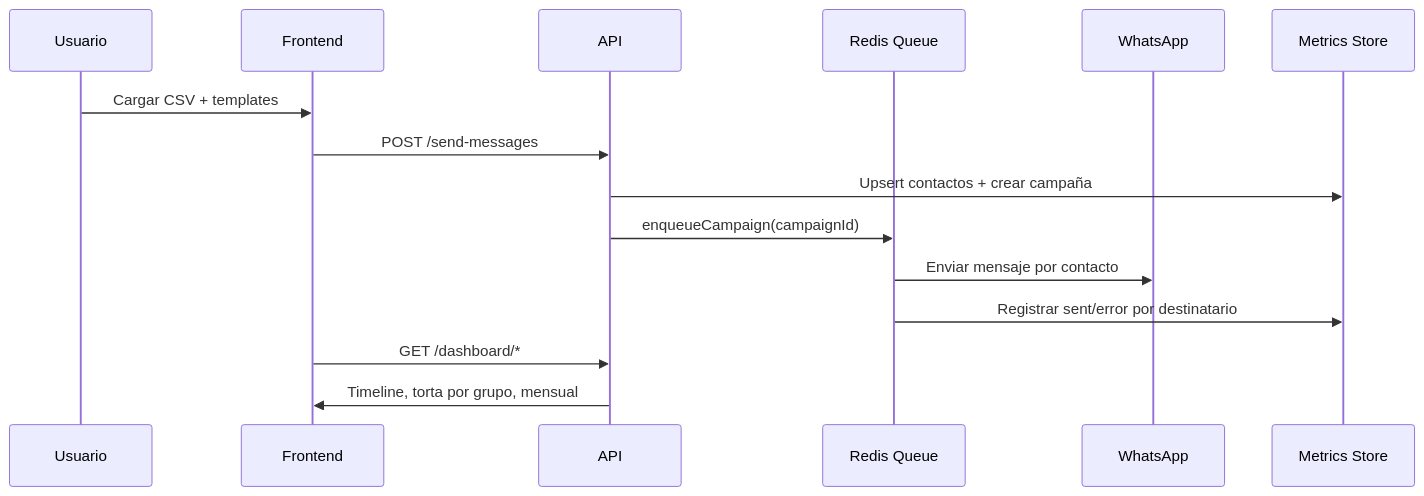
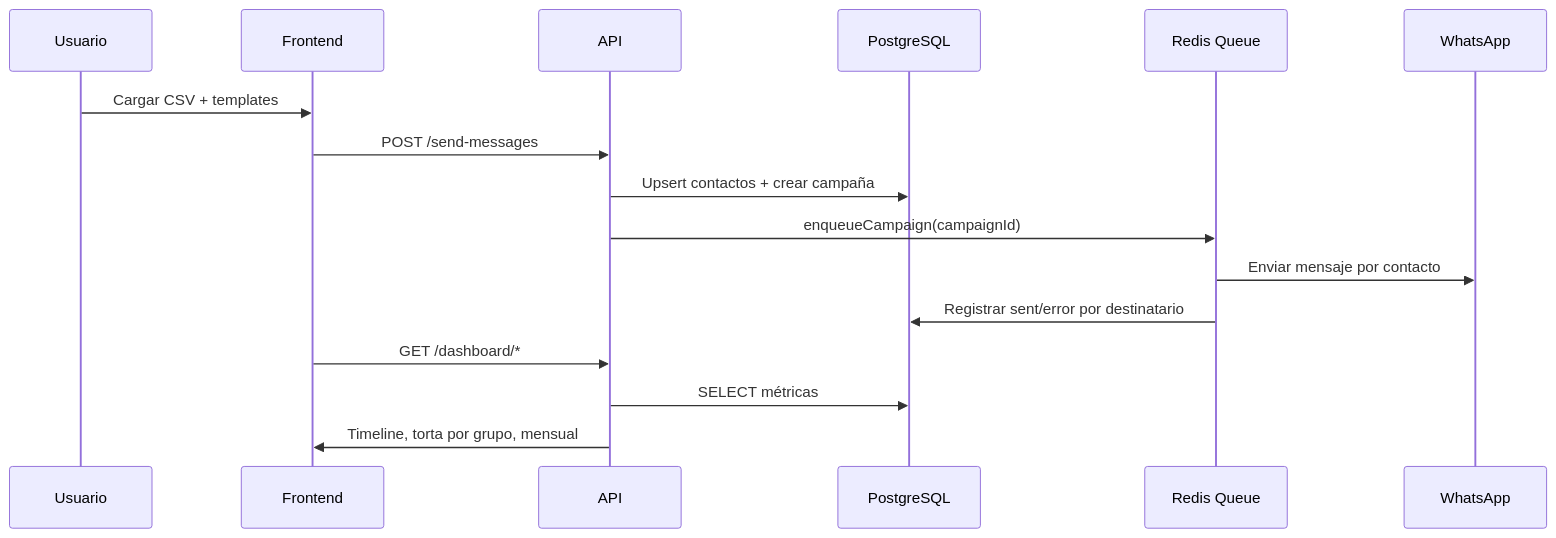
The second of 3 diagrams in README.md (poravv/message-sender), drawn with Mermaid before and after one commit. The commit also changed other lines of this file and 13 other files, not shown here.

First line of the commit message:
feat: PostgreSQL con Longhorn, botón limpiar caché, docs Mermaid

````diff
--- a/README.md
+++ b/README.md
@@ -180,18 +202,19 @@
 ```mermaid
 sequenceDiagram
   participant U as Usuario
   participant FE as Frontend
   participant BE as API
+  participant PG as PostgreSQL
   participant RQ as Redis Queue
   participant WA as WhatsApp
-  participant MS as Metrics Store
 
   U->>FE: Cargar CSV + templates
   FE->>BE: POST /send-messages
-  BE->>MS: Upsert contactos + crear campaña
+  BE->>PG: Upsert contactos + crear campaña
   BE->>RQ: enqueueCampaign(campaignId)
   RQ->>WA: Enviar mensaje por contacto
-  RQ->>MS: Registrar sent/error por destinatario
+  RQ->>PG: Registrar sent/error por destinatario
   FE->>BE: GET /dashboard/*
+  BE->>PG: SELECT métricas
   BE->>FE: Timeline, torta por grupo, mensual
 ```
````
